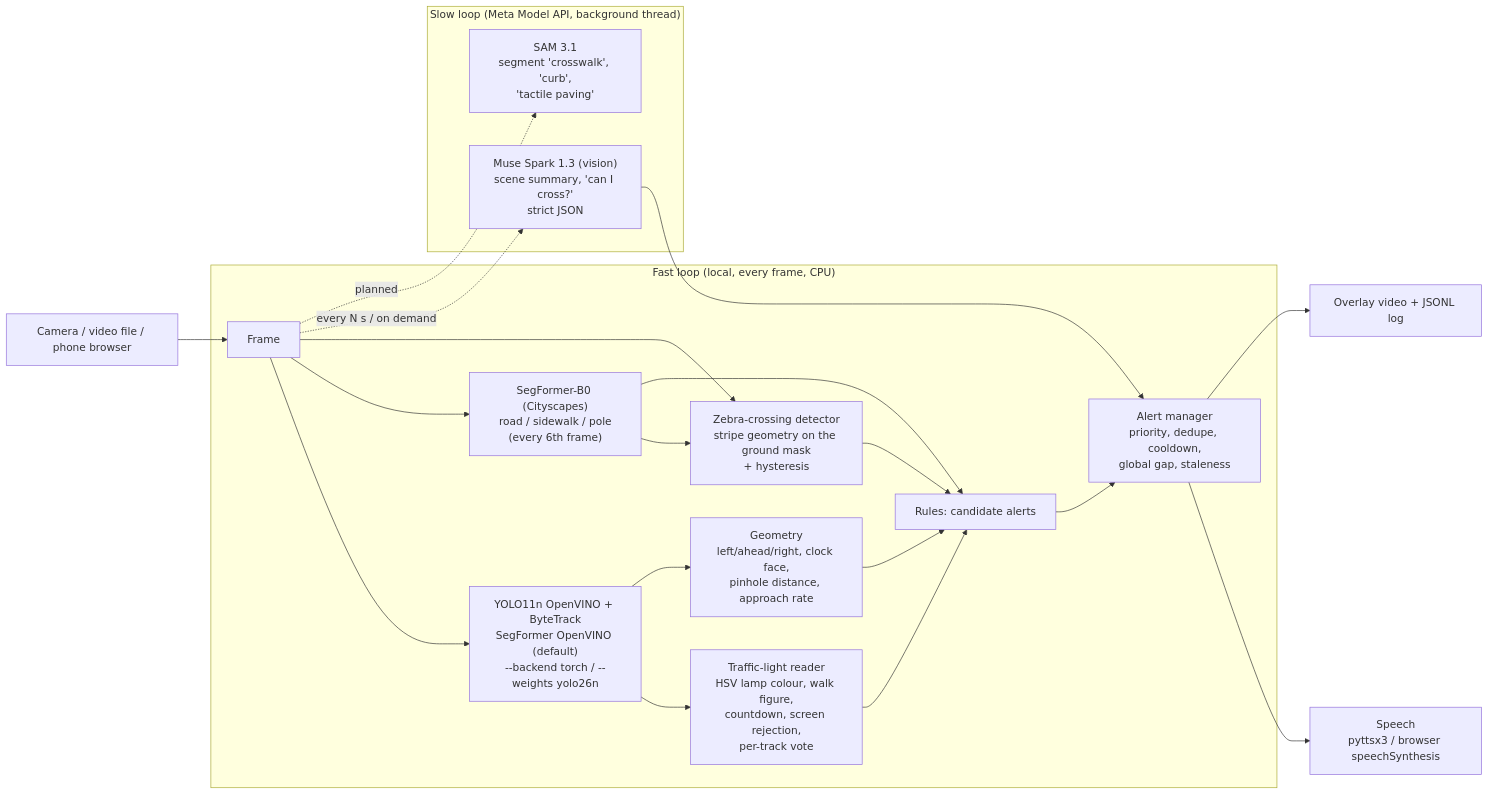
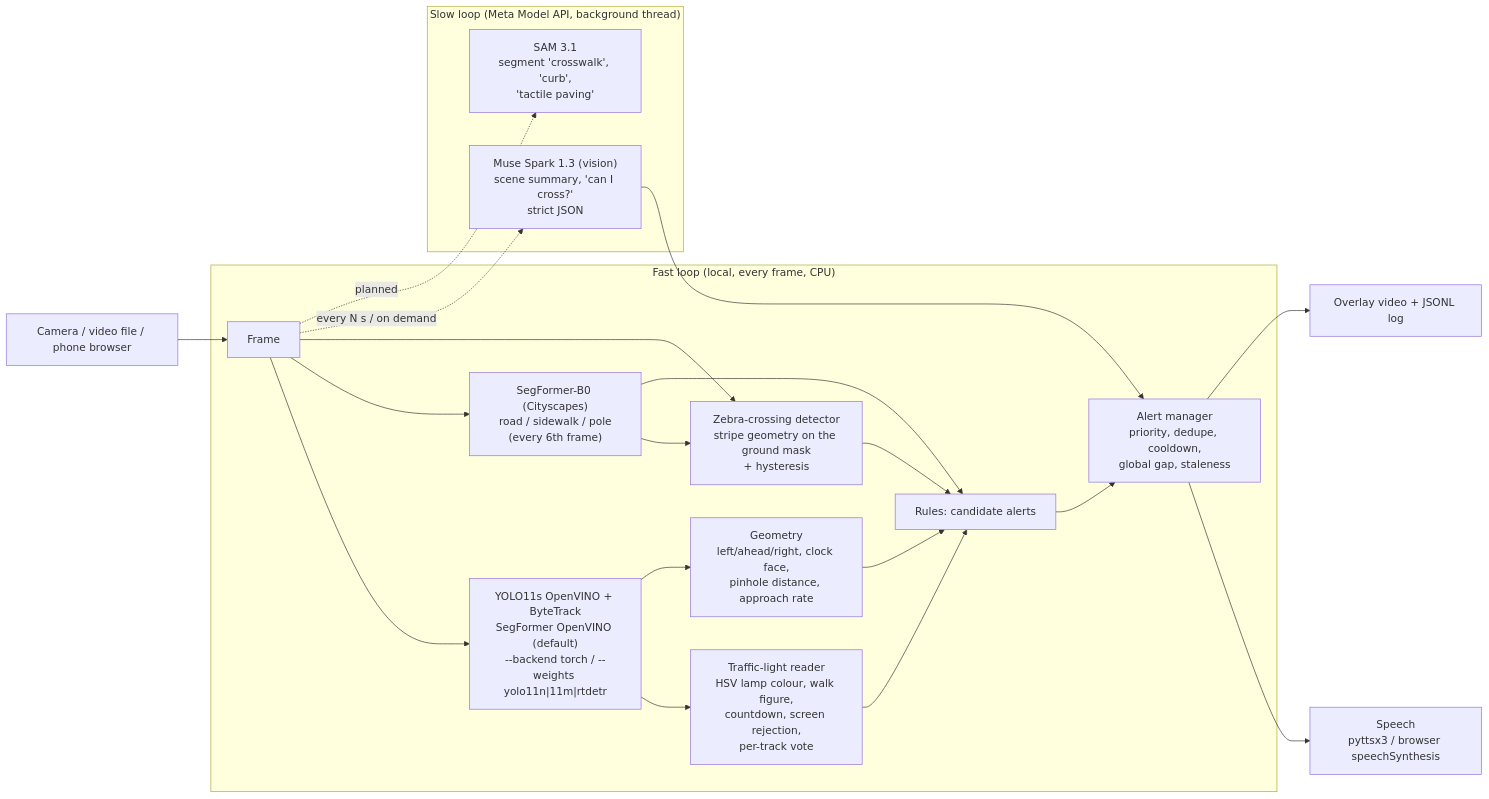
One commit to Alexeiguch/streetsense changed the diagram in README.md. Above: the diagram before and after it, drawn with Mermaid. The commit also changed other lines of this file and 22 other files, not shown here.

First line of the commit message:
Improve detection: YOLO11s default, EU lights, open-vocab loop

````diff
--- a/README.md
+++ b/README.md
@@ -14,24 +14,24 @@
 ```mermaid
 flowchart LR
     CAM[Camera / video file / phone browser] --> F[Frame]
     subgraph FAST["Fast loop (local, every frame, CPU)"]
-        F --> YOLO["YOLO11n OpenVINO + ByteTrack<br/>SegFormer OpenVINO (default)<br/>--backend torch / --weights yolo26n"]
+        F --> YOLO["YOLO11s OpenVINO + ByteTrack<br/>SegFormer OpenVINO (default)<br/>--backend torch / --weights yolo11n|11m|rtdetr"]
         F --> SEG["SegFormer-B0 (Cityscapes)<br/>road / sidewalk / pole<br/>(every 6th frame)"]
         YOLO --> TL["Traffic-light reader<br/>HSV lamp colour, walk figure,<br/>countdown, screen rejection,<br/>per-track vote"]
         SEG --> CW["Zebra-crossing detector<br/>stripe geometry on the ground mask<br/>+ hysteresis"]
         F --> CW
         YOLO --> GEO["Geometry<br/>left/ahead/right, clock face,<br/>pinhole distance, approach rate"]
         TL --> RULES[Rules: candidate alerts]
         CW --> RULES
         GEO --> RULES
         SEG --> RULES
         RULES --> AM["Alert manager<br/>priority, dedupe, cooldown,<br/>global gap, staleness"]
     end
     subgraph SLOW["Slow loop (Meta Model API, background thread)"]
         F -. every N s / on demand .-> MS["Muse Spark 1.3 (vision)<br/>scene summary, 'can I cross?'<br/>strict JSON"]
         F -. planned .-> SAM["SAM 3.1<br/>segment 'crosswalk', 'curb',<br/>'tactile paving'"]
     end
     AM --> TTS["Speech<br/>pyttsx3 / browser speechSynthesis"]
     MS --> AM
     AM --> OV[Overlay video + JSONL log]
 ```
````
